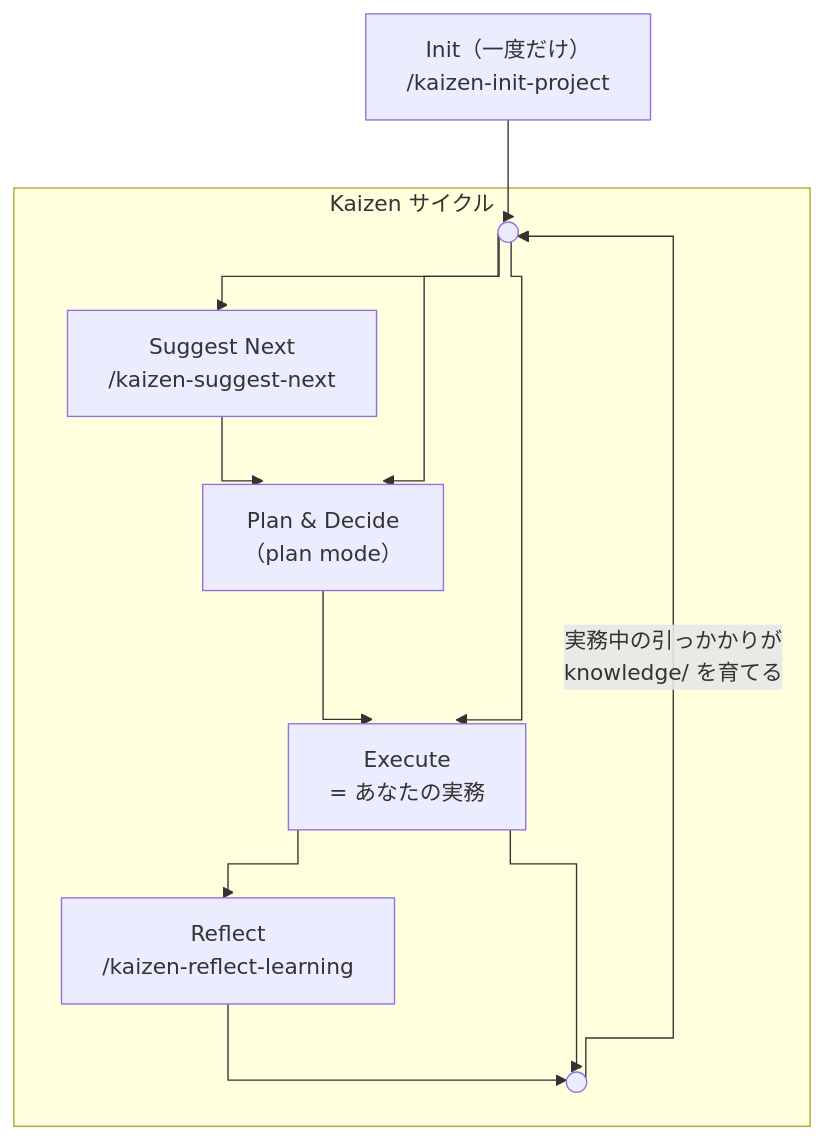
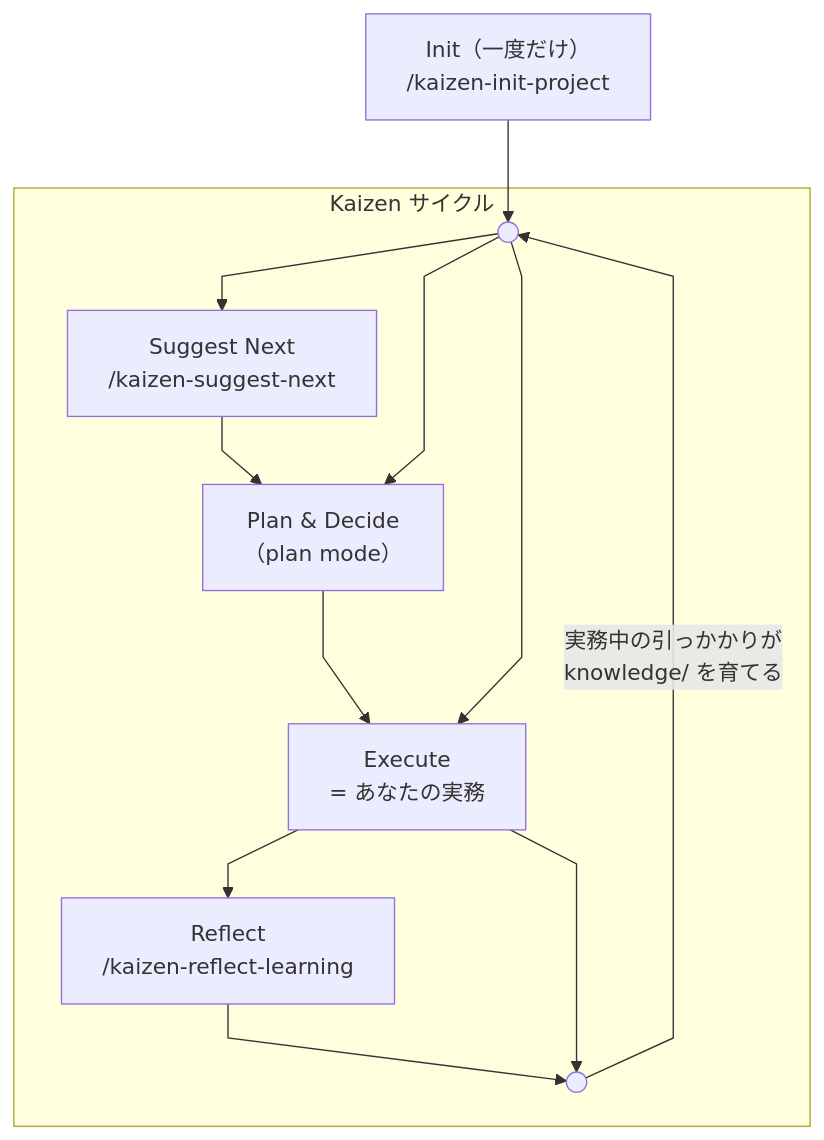
One commit to tomfook/kaizen-cli changed the diagram in docs/CONCEPT.ja.md. Above: the diagram before and after it, drawn with Mermaid. The commit also changed 1 other file, not shown here.

Commit message:
style: revert to linear curve (preferred over stepBefore)
https://claude.ai/code/session_011ENnixXZ7xcQcWQSnBuWA9

````diff
--- a/docs/CONCEPT.ja.md
+++ b/docs/CONCEPT.ja.md
@@ -45,25 +45,25 @@
 ```mermaid
 ---
 config:
   flowchart:
-    curve: stepBefore
+    curve: linear
 ---
 graph TD
     Init["Init（一度だけ）<br>/kaizen-init-project"] --> Start
 
     subgraph Cycle [" Kaizen サイクル "]
         Start((" "))
         Suggest["Suggest Next<br>/kaizen-suggest-next"]
         Plan["Plan & Decide<br>（plan mode）"]
         Execute["Execute<br>= あなたの実務"]
         Reflect["Reflect<br>/kaizen-reflect-learning"]
         End((" "))
 
         Start --> Suggest --> Plan --> Execute --> Reflect --> End
         Start --> Plan
         Start --> Execute
         Execute --> End
     end
 
     End -->|"実務中の引っかかりが<br>knowledge/ を育てる"| Start
 ```
````
